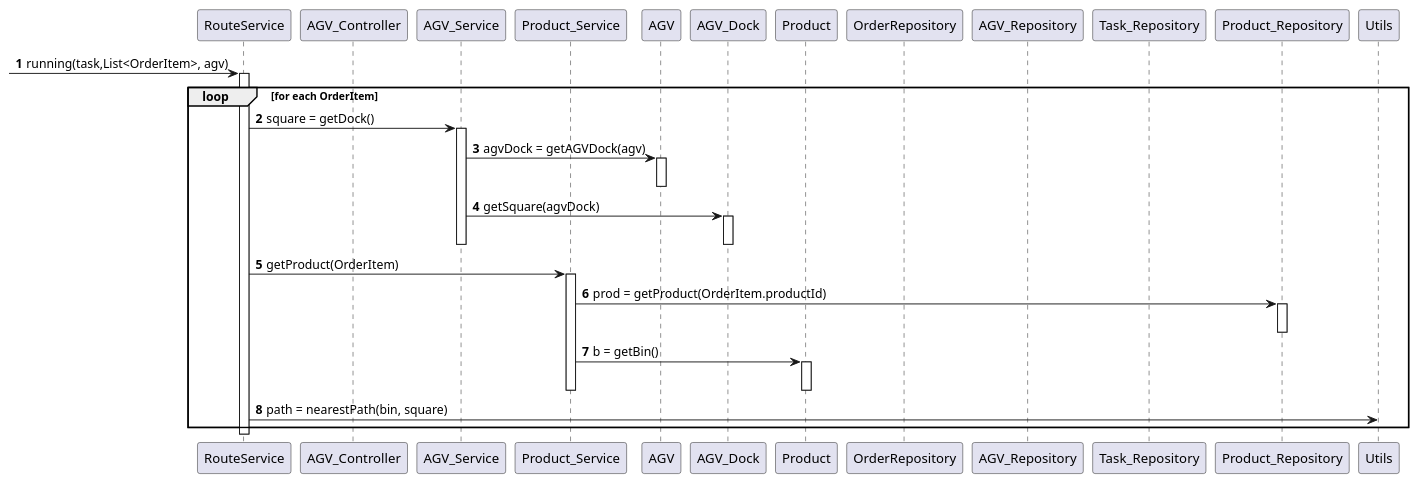
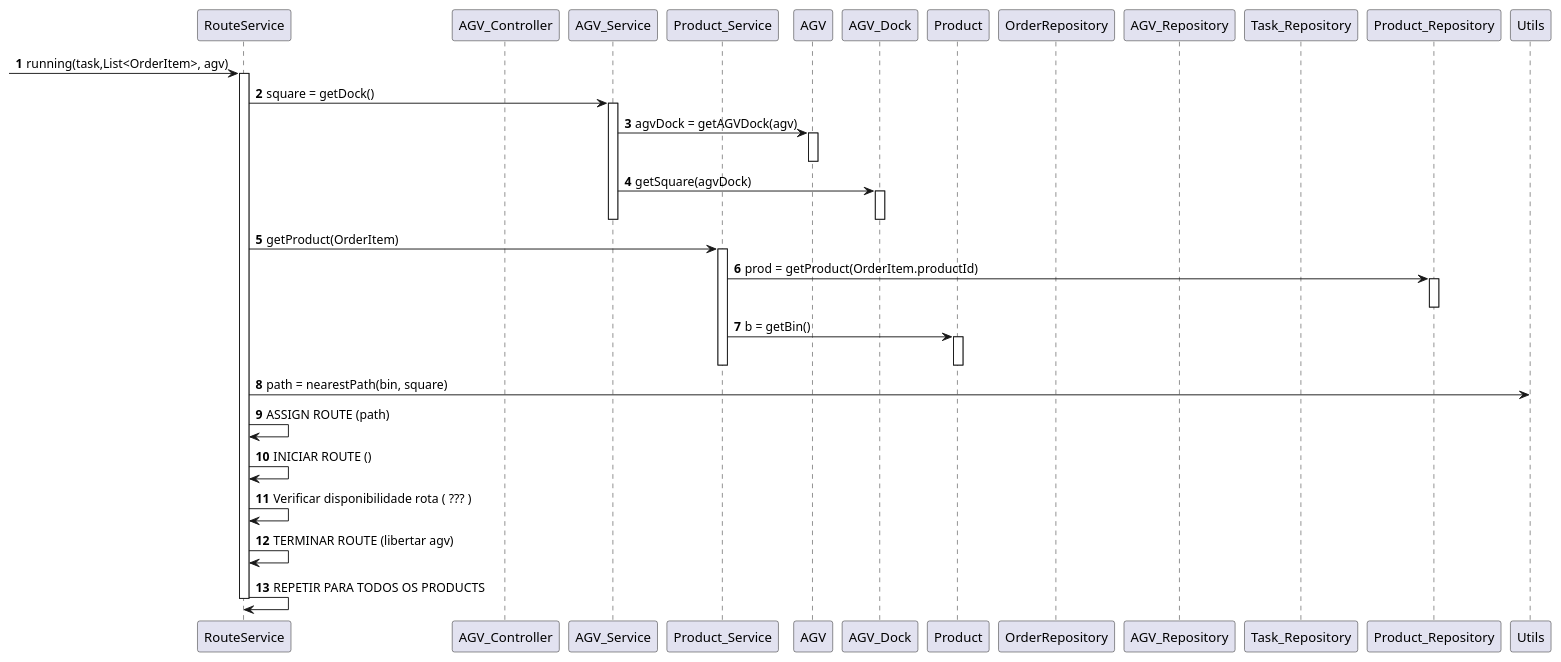
Before and after one commit to Norton1337/LAPR4_2122: the diagram in docs/US5100/US5100_SD_RouteService.puml, drawn with PlantUML.

Commit message:
SD Pseudocodigo - falta terminar

```diff
--- a/docs/US5100/US5100_SD_RouteService.puml
+++ b/docs/US5100/US5100_SD_RouteService.puml
@@ -1,65 +1,69 @@
 @startuml
 'https://plantuml.com/sequence-diagram
 autonumber
 
 
 participant "RouteService" as CTR
 participant "AGV_Controller" as ACTR
 participant "AGV_Service" as AGV_Service
 participant "Product_Service" as PS
 
 
 participant "AGV" as AGV
 participant "AGV_Dock" as AgvDocks
 participant "Product" as prod
 
 participant "OrderRepository" as OR
 participant "AGV_Repository" as AGVR
 participant "Task_Repository" as TR
 participant "Product_Repository" as PR
 
 participant "Utils" as Utils
 
  -> CTR : running(task,List<OrderItem>, agv)
 
 
 activate CTR
 
-loop for each OrderItem
 
 CTR -> AGV_Service : square = getDock()
 activate AGV_Service
 
 AGV_Service -> AGV : agvDock = getAGVDock(agv)
 activate AGV
 deactivate AGV
 
 AGV_Service -> AgvDocks : getSquare(agvDock)
 activate AgvDocks
 deactivate AgvDocks
 
 deactivate AGV_Service
 
 CTR -> PS : getProduct(OrderItem)
 activate PS
 
 PS -> PR : prod = getProduct(OrderItem.productId)
 activate PR
 deactivate PR
 
 PS -> prod : b = getBin()
 activate prod
 deactivate prod
 
 deactivate PS
 
 CTR -> Utils : path = nearestPath(bin, square)
 
+CTR -> CTR : ASSIGN ROUTE (path)
+CTR -> CTR : INICIAR ROUTE ()
+CTR -> CTR : Verificar disponibilidade rota ( ??? )
+CTR -> CTR : TERMINAR ROUTE (libertar agv)
 
 
-end loop
+CTR -> CTR : REPETIR PARA TODOS OS PRODUCTS
 
 deactivate CTR
 
 
+
 @enduml
```
